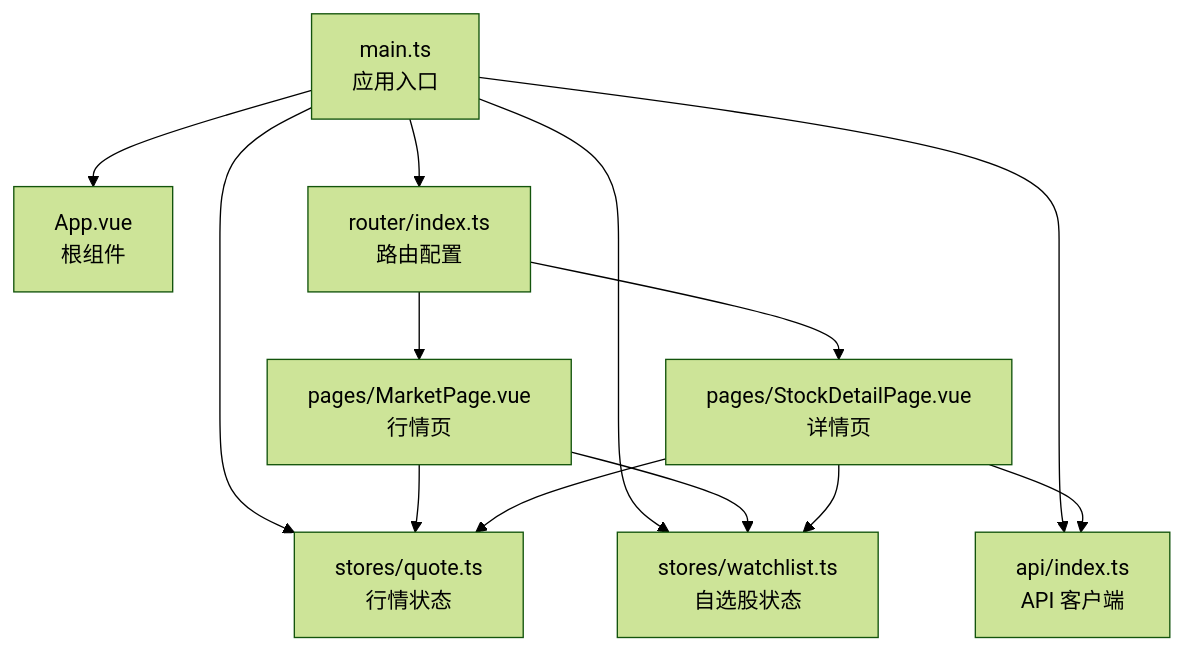
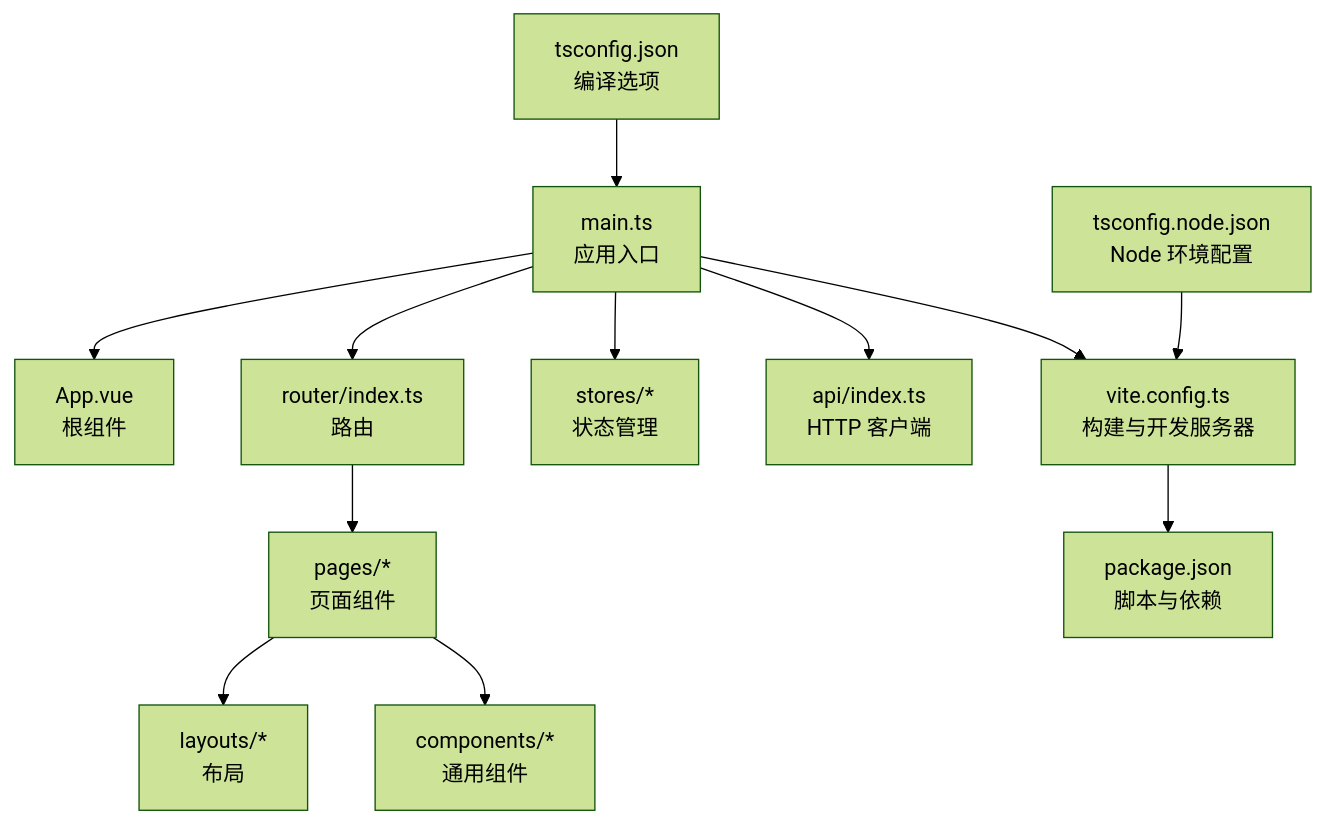
Before and after one commit to We3le7/stock-view: the first of 5 diagrams in .qoder/repowiki/zh/content/前端开发/Vue应用架构.md, drawn with Mermaid (forest theme). The commit also changed other lines of this file and 142 other files, not shown here.

````diff
--- a/.qoder/repowiki/zh/content/前端开发/Vue应用架构.md
+++ b/.qoder/repowiki/zh/content/前端开发/Vue应用架构.md
@@ -43,15 +56,14 @@
 ```mermaid
 graph TB
 A["main.ts<br/>应用入口"] --> B["App.vue<br/>根组件"]
-A --> C["router/index.ts<br/>路由配置"]
-A --> D["stores/quote.ts<br/>行情状态"]
-A --> E["stores/watchlist.ts<br/>自选股状态"]
-A --> F["api/index.ts<br/>API 客户端"]
-C --> G["pages/MarketPage.vue<br/>行情页"]
-C --> H["pages/StockDetailPage.vue<br/>详情页"]
-G --> D
-G --> E
-H --> D
-H --> E
-H --> F
+A --> C["router/index.ts<br/>路由"]
+A --> D["stores/*<br/>状态管理"]
+A --> E["api/index.ts<br/>HTTP 客户端"]
+C --> F["pages/*<br/>页面组件"]
+F --> G["layouts/*<br/>布局"]
+F --> H["components/*<br/>通用组件"]
+A --> I["vite.config.ts<br/>构建与开发服务器"]
+I --> J["package.json<br/>脚本与依赖"]
+K["tsconfig.json<br/>编译选项"] --> A
+L["tsconfig.node.json<br/>Node 环境配置"] --> I
 ```
````
